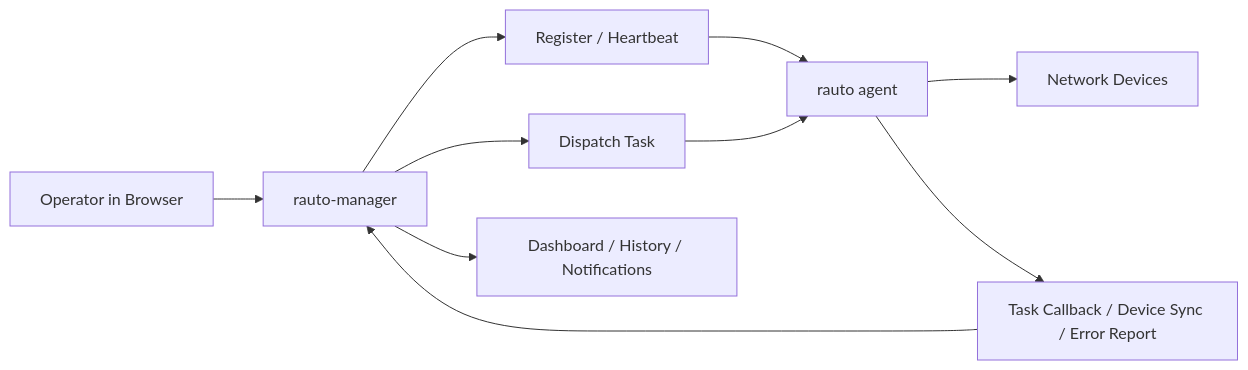
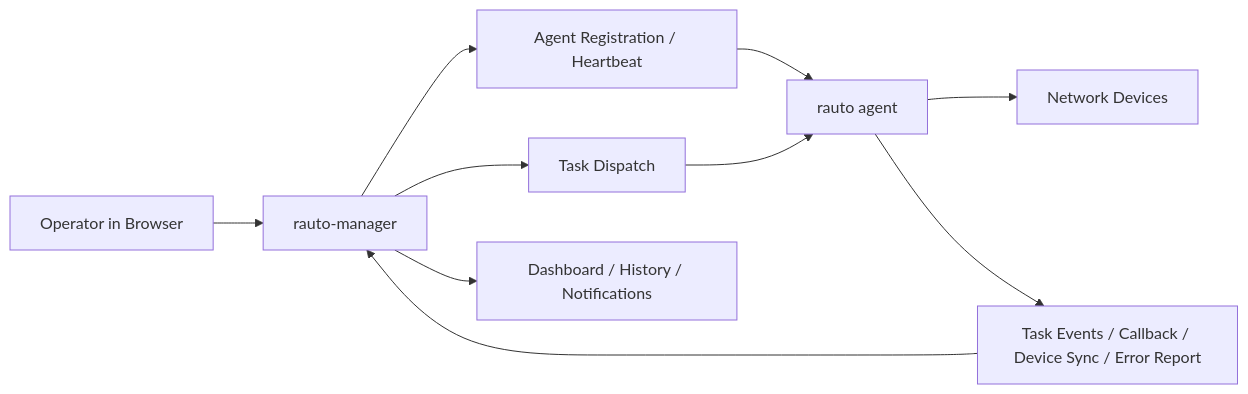
One commit to demohiiiii/rauto-manager changed the diagram in README.md. Above: the diagram before and after it, drawn with Mermaid. The commit also changed other lines of this file and 30 other files, not shown here.

````diff
--- a/README.md
+++ b/README.md
@@ -77,12 +69,12 @@
 ```mermaid
 flowchart LR
     A["Operator in Browser"] --> B["rauto-manager"]
-    B --> C["Register / Heartbeat"]
+    B --> C["Agent Registration / Heartbeat"]
     C --> D["rauto agent"]
-    B --> E["Dispatch Task"]
+    B --> E["Task Dispatch"]
     E --> D
     D --> F["Network Devices"]
-    D --> G["Task Callback / Device Sync / Error Report"]
+    D --> G["Task Events / Callback / Device Sync / Error Report"]
     G --> B
     B --> H["Dashboard / History / Notifications"]
 ```
````
